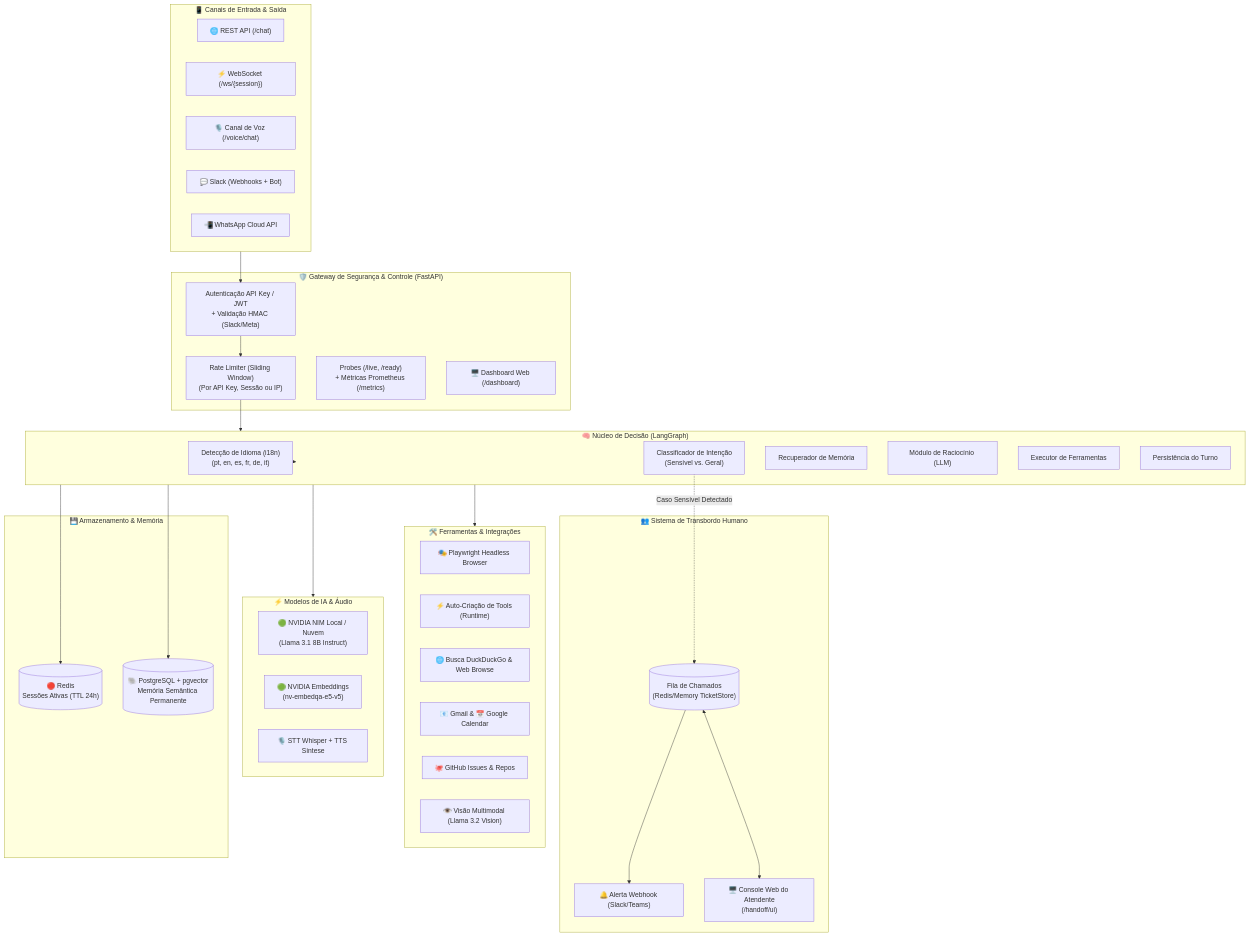
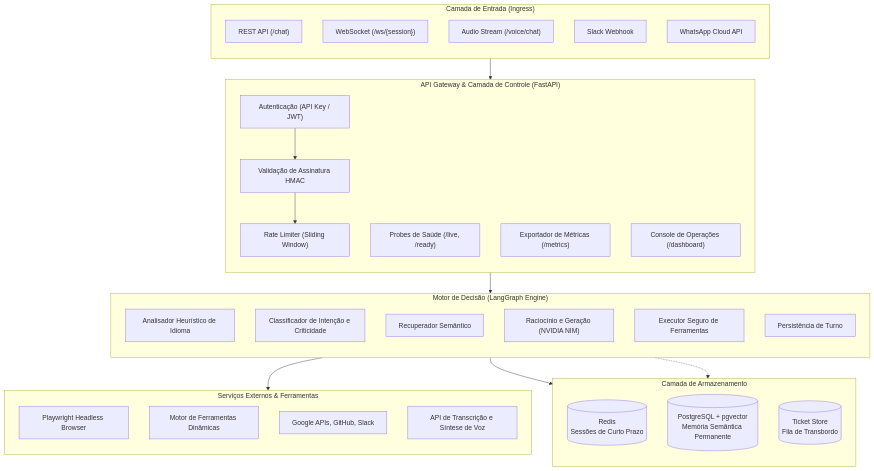
One commit to CaioSouzx00/ai-agent-24-7 changed the first of 2 diagrams in README.md. Above: the diagram before and after it, drawn with Mermaid. The commit also changed other lines of this file, not shown here.

````diff
--- a/README.md
+++ b/README.md
@@ -94,66 +53,55 @@
 ```mermaid
 flowchart TB
-    subgraph CANAIS["📱 Canais de Entrada & Saída"]
-        C1["🌐 REST API (/chat)"]
-        C2["⚡ WebSocket (/ws/{session})"]
-        C3["🎙️ Canal de Voz (/voice/chat)"]
-        C4["💬 Slack (Webhooks + Bot)"]
-        C5["📲 WhatsApp Cloud API"]
+    subgraph INGRESS["Camada de Entrada (Ingress)"]
+        direction TB
+        C_REST["REST API (/chat)"]
+        C_WS["WebSocket (/ws/{session})"]
+        C_VOICE["Audio Stream (/voice/chat)"]
+        C_SLACK["Slack Webhook"]
+        C_WA["WhatsApp Cloud API"]
     end
 
-    subgraph GATEWAY["🛡️ Gateway de Segurança & Controle (FastAPI)"]
-        AUTH["Autenticação API Key / JWT\n+ Validação HMAC (Slack/Meta)"]
-        RATELIMIT["Rate Limiter (Sliding Window)\n(Por API Key, Sessão ou IP)"]
-        HEALTH["Probes (/live, /ready)\n+ Métricas Prometheus (/metrics)"]
-        DASH["🖥️ Dashboard Web (/dashboard)"]
+    subgraph GATEWAY["API Gateway & Camada de Controle (FastAPI)"]
+        direction TB
+        AUTH["Autenticação (API Key / JWT)"]
+        HMAC["Validação de Assinatura HMAC"]
+        RATELIMIT["Rate Limiter (Sliding Window)"]
+        PROBES["Probes de Saúde (/live, /ready)"]
+        METRICS_EP["Exportador de Métricas (/metrics)"]
+        DASH_EP["Console de Operações (/dashboard)"]
     end
 
-    subgraph ENGINE["🧠 Núcleo de Decisão (LangGraph)"]
-        I18N["Detecção de Idioma (i18n)\n(pt, en, es, fr, de, it)"]
-        CLASSIFY["Classificador de Intenção\n(Sensível vs. Geral)"]
-        RETRIEVE["Recuperador de Memória"]
-        THINK["Módulo de Raciocínio (LLM)"]
-        EXEC["Executor de Ferramentas"]
-        SAVE["Persistência do Turno"]
+    subgraph CORE["Motor de Decisão (LangGraph Engine)"]
+        direction TB
+        I18N["Analisador Heurístico de Idioma"]
+        INTENT["Classificador de Intenção e Criticidade"]
+        MEM_RETRIEVE["Recuperador Semântico"]
+        LLM_NODE["Raciocínio e Geração (NVIDIA NIM)"]
+        TOOL_EXEC["Executor Seguro de Ferramentas"]
+        PERSIST["Persistência de Turno"]
     end
 
-    subgraph MEMORY["💾 Armazenamento & Memória"]
-        REDIS[("🔴 Redis\nSessões Ativas (TTL 24h)")]
-        PGVEC[("🐘 PostgreSQL + pgvector\nMemória Semântica Permanente")]
+    subgraph STORAGE["Camada de Armazenamento"]
+        direction TB
+        REDIS[("Redis\nSessões de Curto Prazo")]
+        PGVEC[("PostgreSQL + pgvector\nMemória Semântica Permanente")]
+        TICKETS[("Ticket Store\nFila de Transbordo")]
     end
 
-    subgraph MODELS["⚡ Modelos de IA & Áudio"]
-        NIM["🟢 NVIDIA NIM Local / Nuvem\n(Llama 3.1 8B Instruct)"]
-        EMBED["🟢 NVIDIA Embeddings\n(nv-embedqa-e5-v5)"]
-        VOICE["🎙️ STT Whisper + TTS Síntese"]
+    subgraph EXTERNAL["Serviços Externos & Ferramentas"]
+        direction TB
+        PLAYWRIGHT["Playwright Headless Browser"]
+        DYNAMIC["Motor de Ferramentas Dinâmicas"]
+        INTEGRATIONS["Google APIs, GitHub, Slack"]
+        WHISPER["API de Transcrição e Síntese de Voz"]
     end
 
-    subgraph HANDOFF_SYSTEM["👥 Sistema de Transbordo Humano"]
-        TICKETS[("Fila de Chamados\n(Redis/Memory TicketStore)")]
-        ALERT["🔔 Alerta Webhook (Slack/Teams)"]
-        CONSOLE["🖥️ Console Web do Atendente\n(/handoff/ui)"]
-    end
+    INGRESS --> AUTH
+    AUTH --> HMAC
+    HMAC --> RATELIMIT
+    RATELIMIT --> CORE
 
-    subgraph TOOLS["🛠️ Ferramentas & Integrações"]
-        T_BROWSER["🎭 Playwright Headless Browser"]
-        T_DYNAMIC["⚡ Auto-Criação de Tools (Runtime)"]
-        T_WEB["🌐 Busca DuckDuckGo & Web Browse"]
-        T_GOOGLE["📧 Gmail & 📅 Google Calendar"]
-        T_GITHUB["🐙 GitHub Issues & Repos"]
-        T_VISION["👁️ Visão Multimodal (Llama 3.2 Vision)"]
-    end
-
-    %% Conexões
-    CANAIS --> AUTH
-    AUTH --> RATELIMIT
-    RATELIMIT --> ENGINE
-    ENGINE --> I18N
-    ENGINE --> REDIS
-    ENGINE --> PGVEC
-    ENGINE --> MODELS
-    ENGINE --> TOOLS
-    
-    CLASSIFY -.->|Caso Sensível Detectado| TICKETS
-    TICKETS --> ALERT
-    TICKETS <--> CONSOLE
+    CORE --> STORAGE
+    CORE --> EXTERNAL
+    CORE -.-> TICKETS
 ```
````
